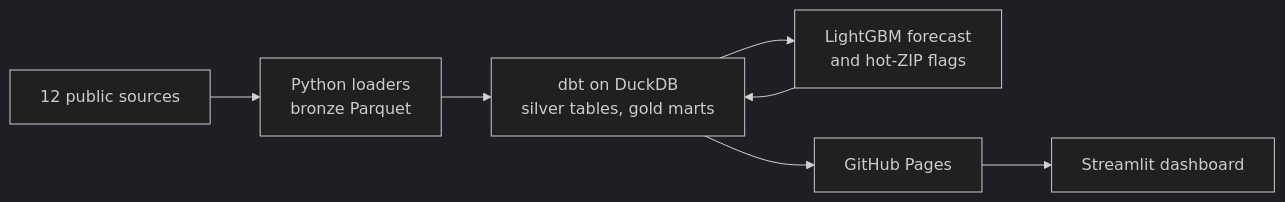
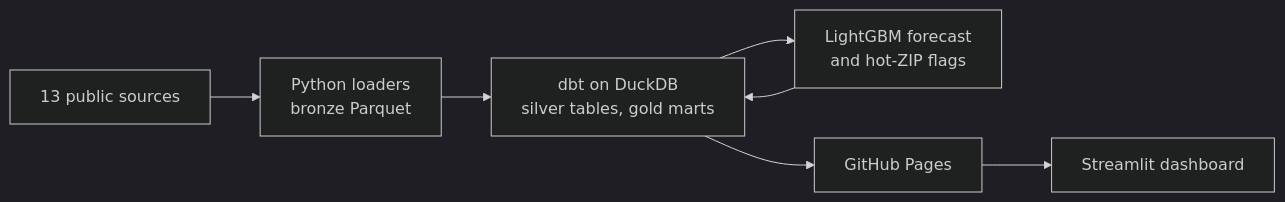
The diagram in docs/writeup.md (YearningAsian/metro-housing-affordability), drawn with Mermaid (dark theme) before and after one commit. The commit also changed other lines of this file and 20 other files, not shown here.

````diff
--- a/docs/writeup.md
+++ b/docs/writeup.md
@@ -88,9 +88,9 @@
 ```mermaid
 flowchart LR
-    src["12 public sources"] --> bronze["Python loaders<br/>bronze Parquet"]
+    src["13 public sources"] --> bronze["Python loaders<br/>bronze Parquet"]
     bronze --> dbt["dbt on DuckDB<br/>silver tables, gold marts"]
     dbt --> ml["LightGBM forecast<br/>and hot-ZIP flags"]
     ml --> dbt
     dbt --> pages["GitHub Pages"]
     pages --> app["Streamlit dashboard"]
 ```
````
